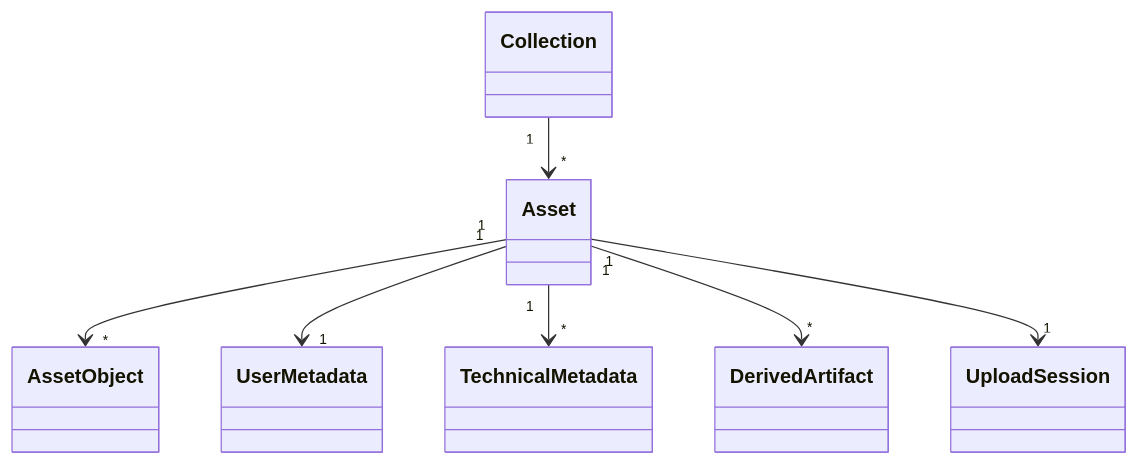
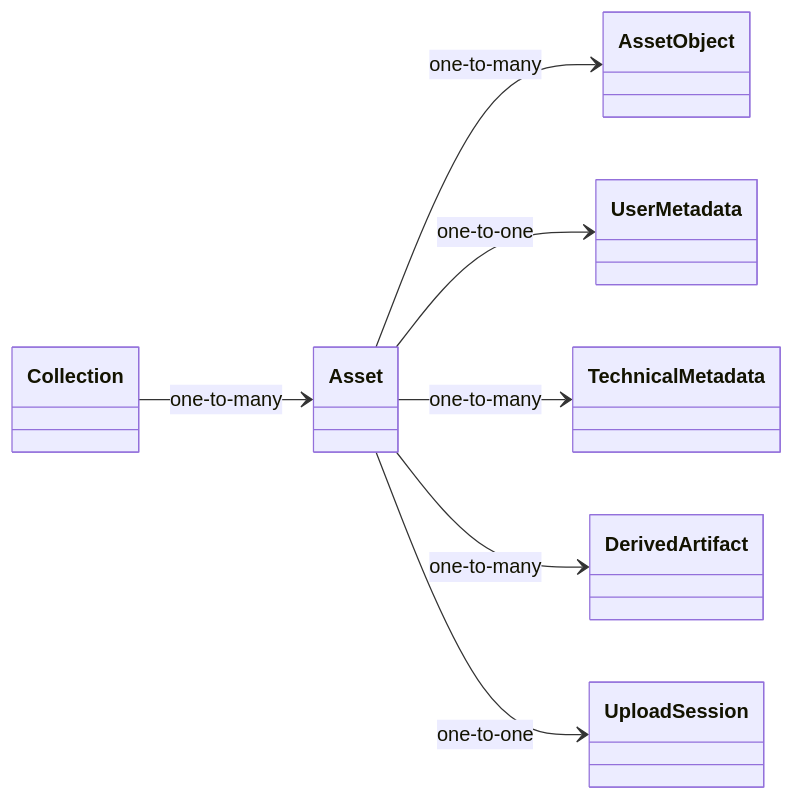
Before and after one commit to ShakedNeeman/exodia: the third of 4 diagrams in README.md, drawn with Mermaid. The commit also changed 3 other files, not shown here.

First line of the commit message:
Fix mermaid class and state diagrams for current mermaid syntax.

````diff
--- a/README.md
+++ b/README.md
@@ -109,9 +109,10 @@
 ```mermaid
 classDiagram
-  Collection "1" --> "*" Asset
-  Asset "1" --> "*" AssetObject
-  Asset "1" --> "1" UserMetadata
-  Asset "1" --> "*" TechnicalMetadata
-  Asset "1" --> "*" DerivedArtifact
-  Asset "1" --> "1" UploadSession
+  direction LR
+  Collection --> Asset : one-to-many
+  Asset --> AssetObject : one-to-many
+  Asset --> UserMetadata : one-to-one
+  Asset --> TechnicalMetadata : one-to-many
+  Asset --> DerivedArtifact : one-to-many
+  Asset --> UploadSession : one-to-one
 ```
````
